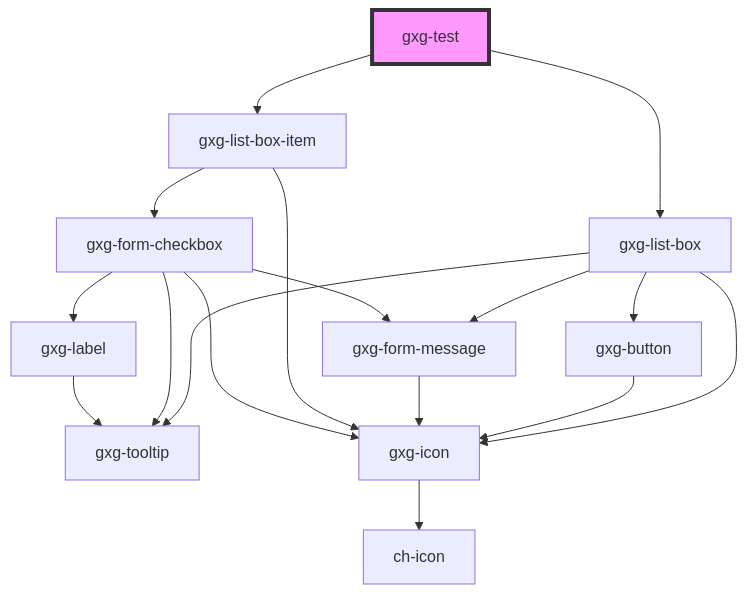
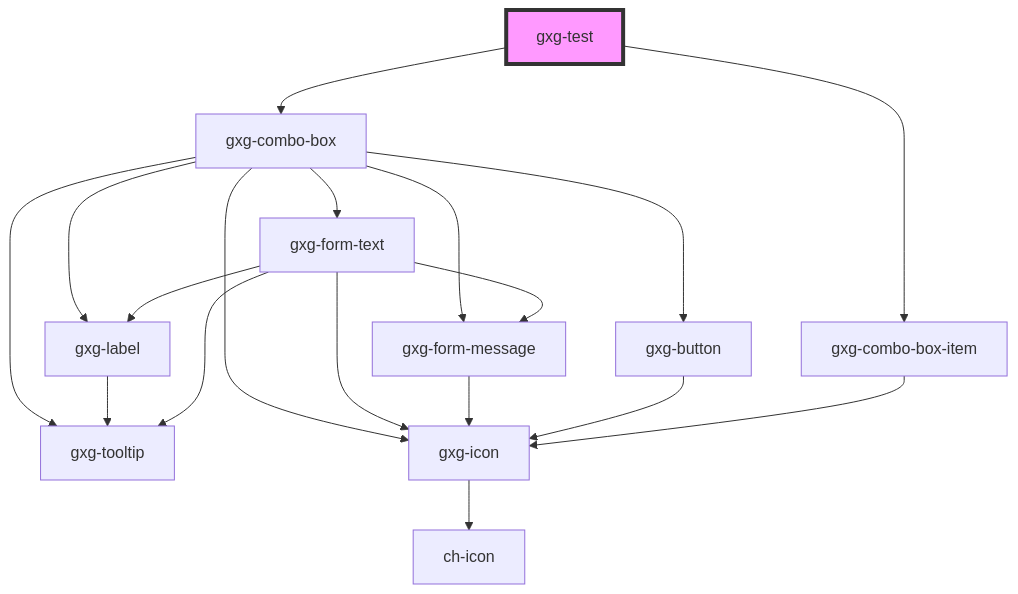
Before and after one commit to genexuslabs/gemini: the diagram in src/components/test/readme.md, drawn with Mermaid. The commit also changed other lines of this file and 19 other files, not shown here.

````diff
--- a/src/components/test/readme.md
+++ b/src/components/test/readme.md
@@ -14,20 +14,21 @@
 ```mermaid
 graph TD;
-  gxg-test --> gxg-list-box
-  gxg-test --> gxg-list-box-item
-  gxg-list-box --> gxg-button
-  gxg-list-box --> gxg-form-message
-  gxg-list-box --> gxg-tooltip
-  gxg-list-box --> gxg-icon
-  gxg-button --> gxg-icon
+  gxg-test --> gxg-combo-box
+  gxg-test --> gxg-combo-box-item
+  gxg-combo-box --> gxg-label
+  gxg-combo-box --> gxg-form-text
+  gxg-combo-box --> gxg-button
+  gxg-combo-box --> gxg-form-message
+  gxg-combo-box --> gxg-tooltip
+  gxg-combo-box --> gxg-icon
+  gxg-label --> gxg-tooltip
+  gxg-form-text --> gxg-icon
+  gxg-form-text --> gxg-label
+  gxg-form-text --> gxg-form-message
+  gxg-form-text --> gxg-tooltip
   gxg-icon --> ch-icon
   gxg-form-message --> gxg-icon
-  gxg-list-box-item --> gxg-form-checkbox
-  gxg-list-box-item --> gxg-icon
-  gxg-form-checkbox --> gxg-icon
-  gxg-form-checkbox --> gxg-label
-  gxg-form-checkbox --> gxg-form-message
-  gxg-form-checkbox --> gxg-tooltip
-  gxg-label --> gxg-tooltip
+  gxg-button --> gxg-icon
+  gxg-combo-box-item --> gxg-icon
   style gxg-test fill:#f9f,stroke:#333,stroke-width:4px
 ```
````
